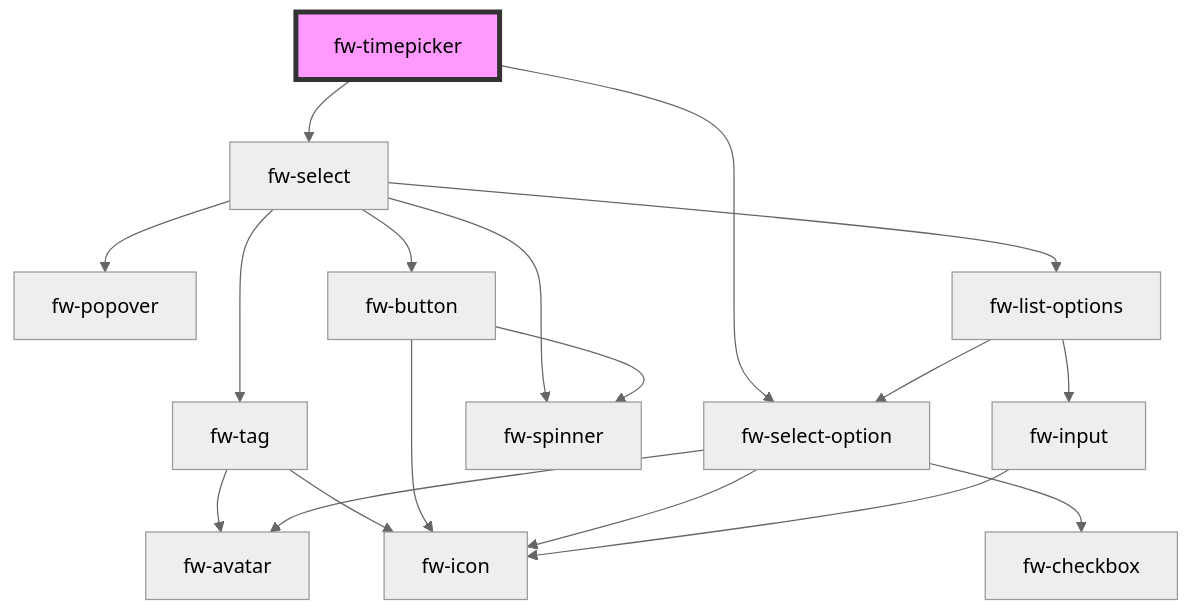
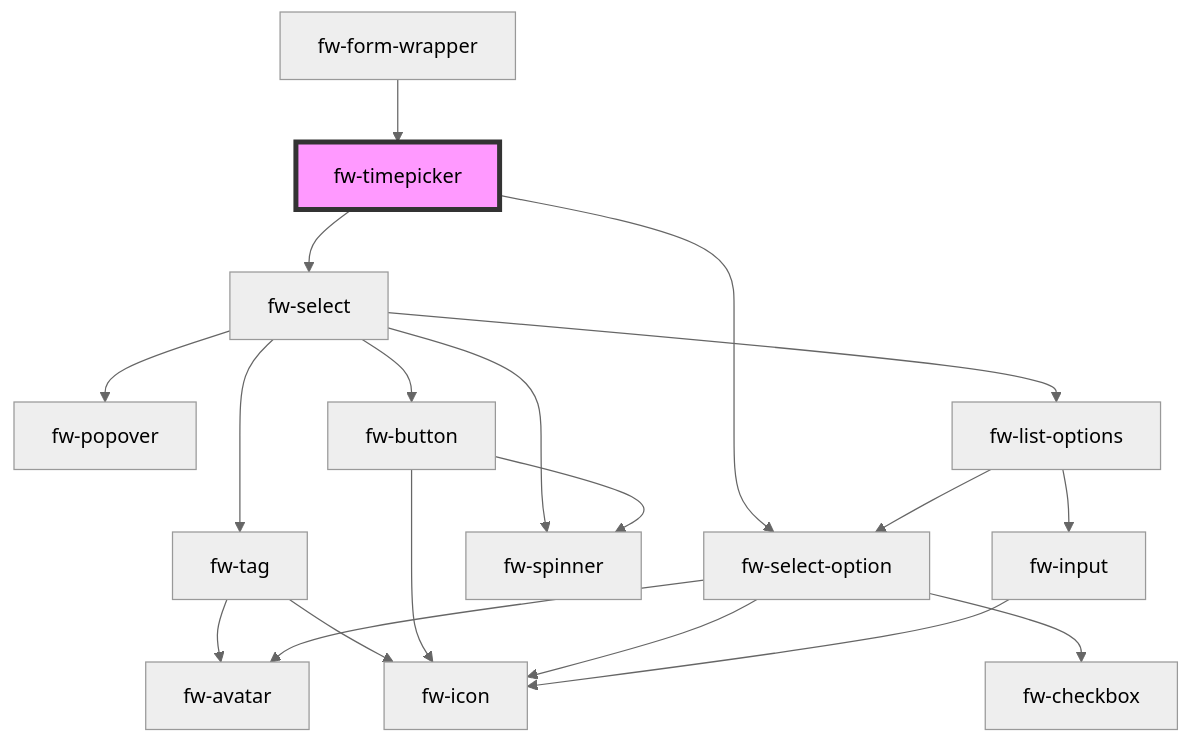
One commit to freshworks/crayons changed the diagram in packages/crayons-core/src/components/timepicker/readme.md. Above: the diagram before and after it, drawn with Mermaid (neutral theme). The commit also changed other lines of this file and 9 other files, not shown here.

````diff
--- a/packages/crayons-core/src/components/timepicker/readme.md
+++ b/packages/crayons-core/src/components/timepicker/readme.md
@@ -68,21 +72,22 @@
 ```mermaid
 graph TD;
   fw-timepicker --> fw-select
   fw-timepicker --> fw-select-option
   fw-select --> fw-tag
   fw-select --> fw-popover
   fw-select --> fw-button
   fw-select --> fw-spinner
   fw-select --> fw-list-options
   fw-tag --> fw-avatar
   fw-tag --> fw-icon
   fw-button --> fw-spinner
   fw-button --> fw-icon
   fw-list-options --> fw-select-option
   fw-list-options --> fw-input
   fw-select-option --> fw-icon
   fw-select-option --> fw-checkbox
   fw-select-option --> fw-avatar
   fw-input --> fw-icon
+  fw-form-wrapper --> fw-timepicker
   style fw-timepicker fill:#f9f,stroke:#333,stroke-width:4px
 ```
````
